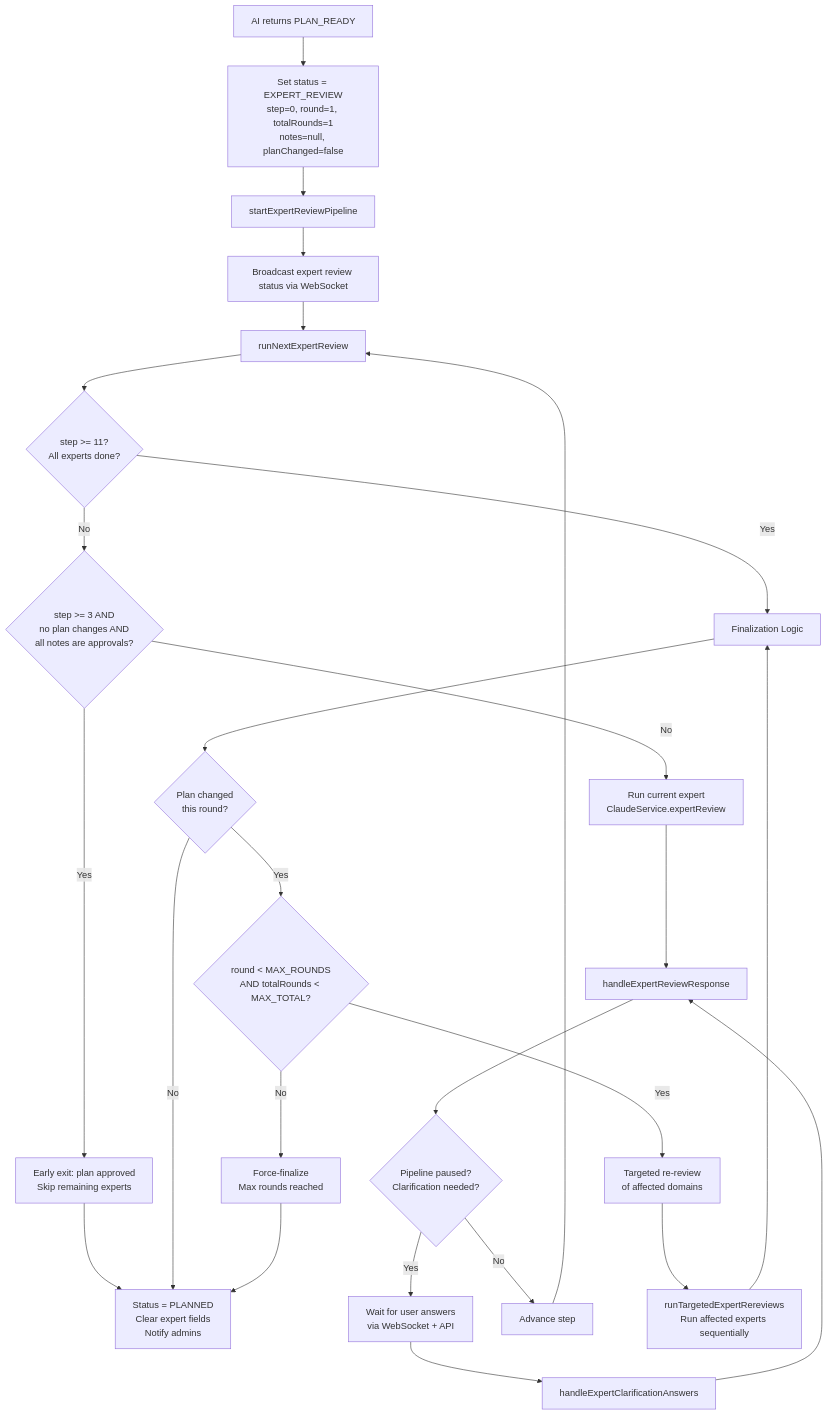
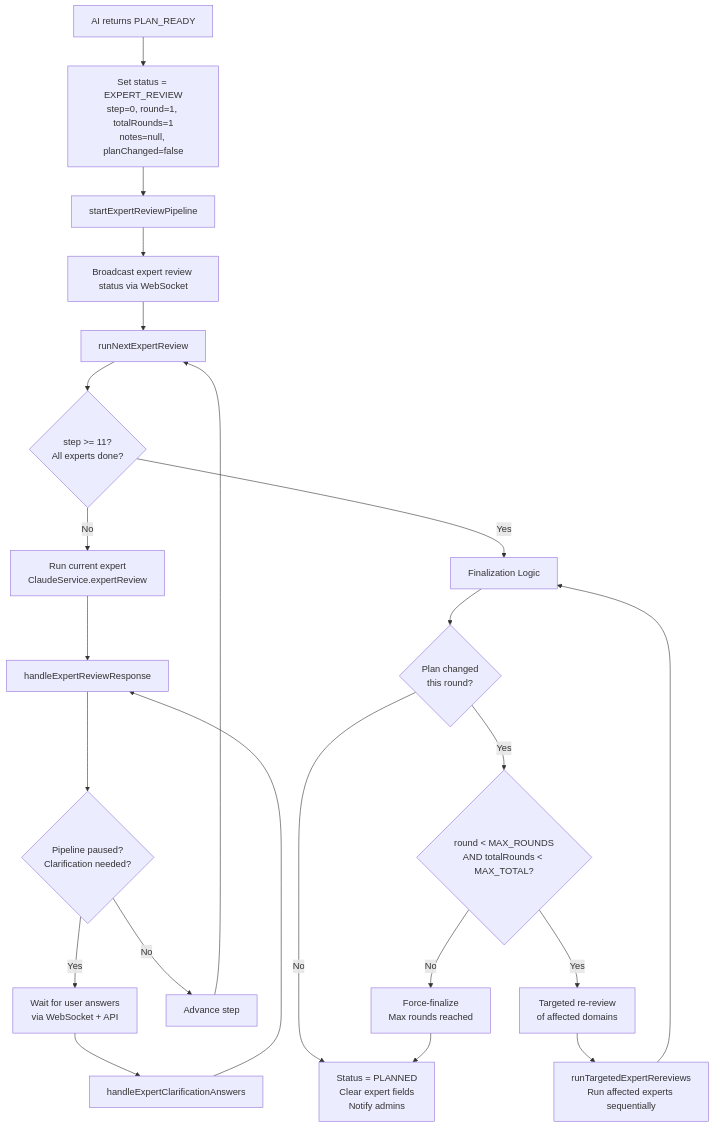
One commit to InnKeeperDevOps/site-manager changed the fifth of 12 diagrams in landing_site/expert-review-flow.md. Above: the diagram before and after it, drawn with Mermaid. The commit also changed other lines of this file and 1 other file, not shown here.

Commit message:
Require all expert reviewers to approve the plan
Remove the early exit logic that allowed skipping remaining expert
reviewers after 3 consecutive approvals with no plan changes. Now all
experts in the review order must complete their review before the plan
moves to PLANNED status.

Changes:
- Remove MIN_APPROVALS_FOR_EARLY_EXIT constant
- Remove the early exit block in runNextExpertReview()
- Remove hasConsecutiveApprovals() helper method (no longer needed)
- Update expert-review-flow.md: remove early exit from flowchart and
  constants table

````diff
--- a/landing_site/expert-review-flow.md
+++ b/landing_site/expert-review-flow.md
@@ -129,37 +129,33 @@
 ```mermaid
 flowchart TD
     A[AI returns PLAN_READY] --> B[Set status = EXPERT_REVIEW\nstep=0, round=1, totalRounds=1\nnotes=null, planChanged=false]
     B --> C[startExpertReviewPipeline]
     C --> D[Broadcast expert review status via WebSocket]
     D --> E[runNextExpertReview]
 
     E --> F{step >= 11?\nAll experts done?}
 
-    F -- No --> EA{step >= 3 AND\nno plan changes AND\nall notes are approvals?}
-    EA -- Yes --> EB[Early exit: plan approved\nSkip remaining experts]
-    EB --> T
-
-    EA -- No --> G[Run current expert\nClaudeService.expertReview]
+    F -- No --> G[Run current expert\nClaudeService.expertReview]
     G --> H[handleExpertReviewResponse]
 
     H --> N{Pipeline paused?\nClarification needed?}
     N -- Yes --> O[Wait for user answers\nvia WebSocket + API]
     O --> P[handleExpertClarificationAnswers]
     P --> H
 
     N -- No --> Q[Advance step]
     Q --> E
 
     F -- Yes --> R[Finalization Logic]
     R --> S{Plan changed\nthis round?}
 
     S -- "No" --> T[Status = PLANNED\nClear expert fields\nNotify admins]
 
     S -- "Yes" --> U{round < MAX_ROUNDS\nAND totalRounds < MAX_TOTAL?}
     U -- Yes --> V[Targeted re-review\nof affected domains]
     V --> W[runTargetedExpertRereviews\nRun affected experts sequentially]
     W --> R
 
     U -- No --> X[Force-finalize\nMax rounds reached]
     X --> T
 ```
````
